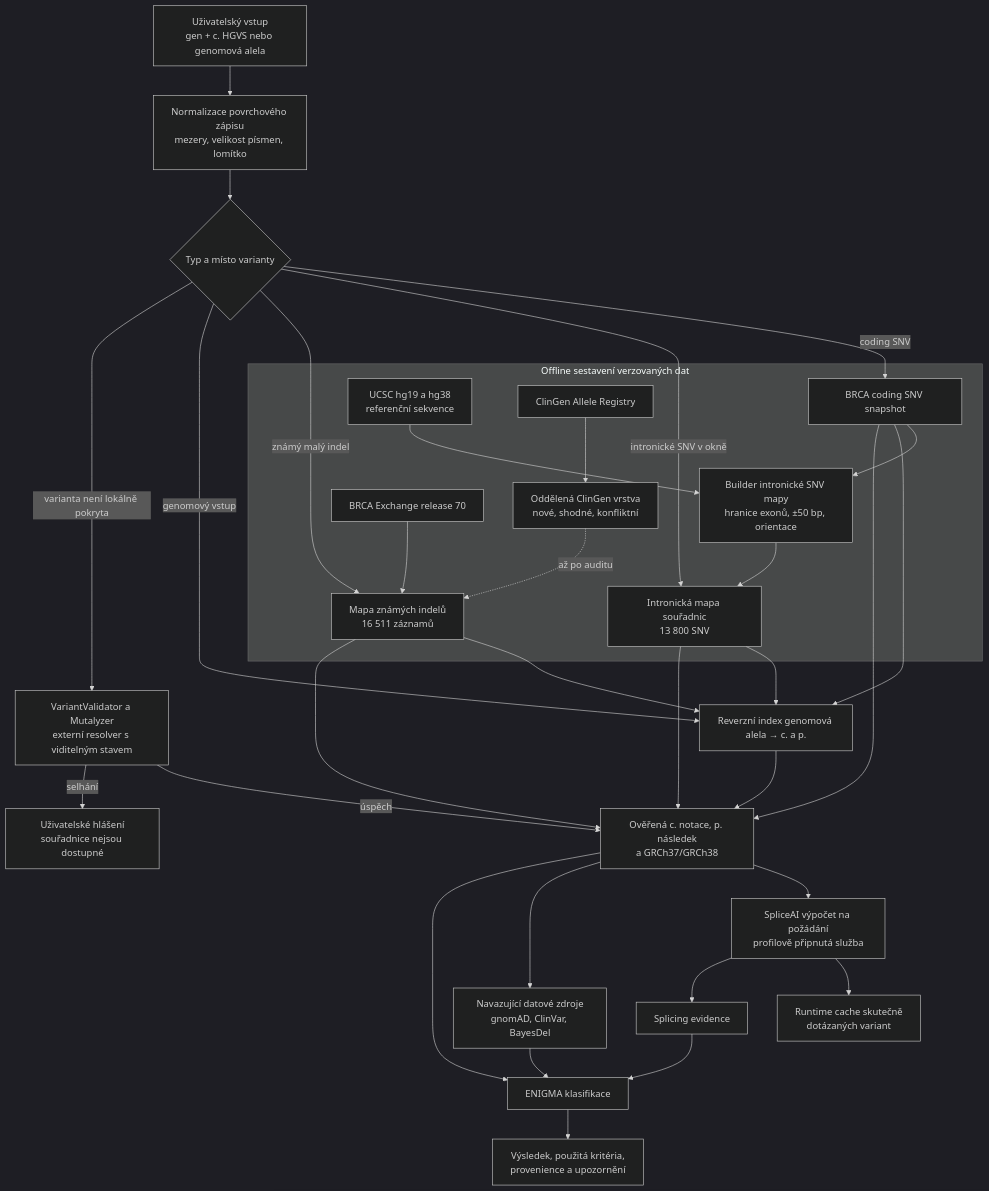
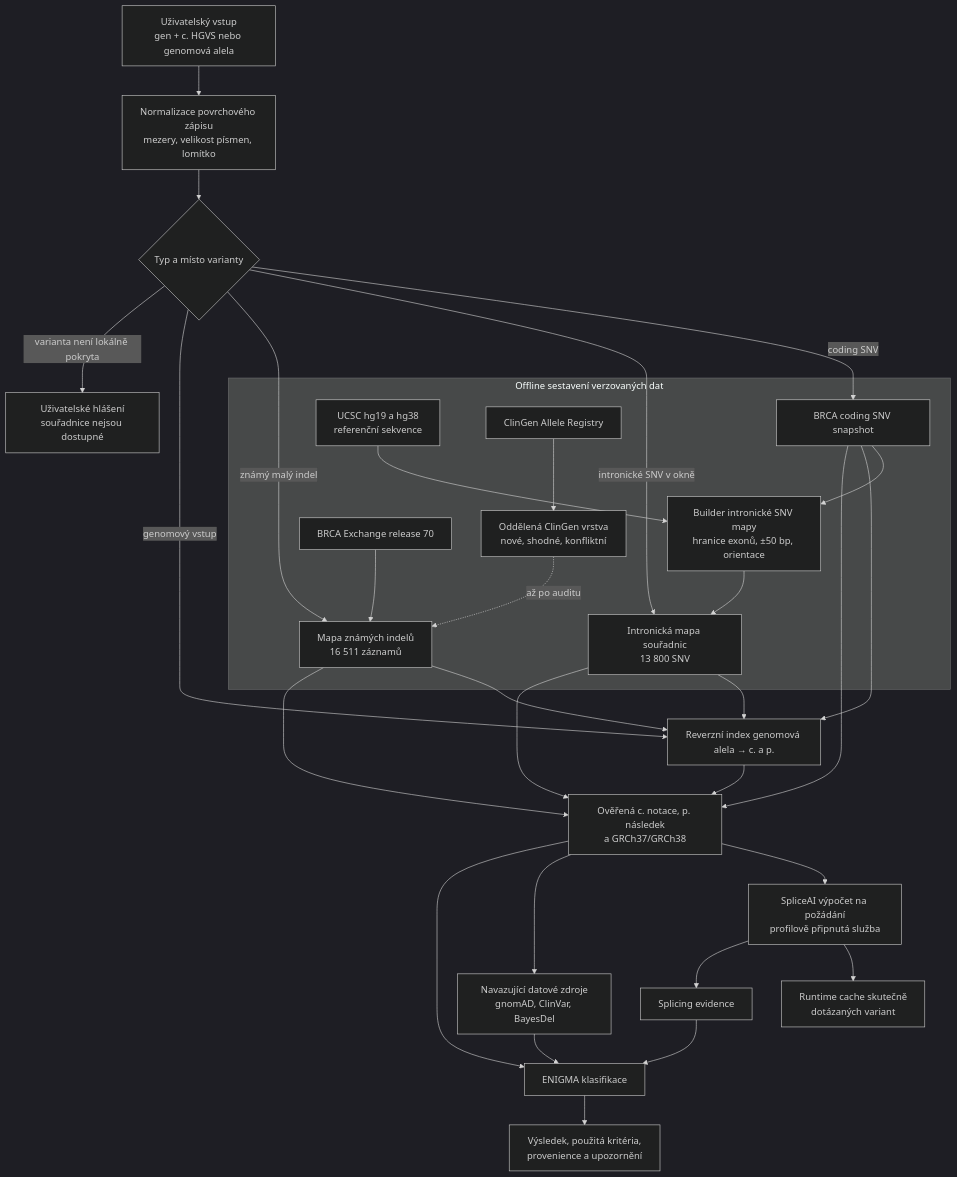
The diagram in docs/coordinate_and_indel_data_flow.md (kamclar/ariane), drawn with Mermaid (dark theme) before and after one commit. The commit also changed other lines of this file and 28 other files, not shown here.

````diff
--- a/docs/coordinate_and_indel_data_flow.md
+++ b/docs/coordinate_and_indel_data_flow.md
@@ -144,57 +141,55 @@
 ```mermaid
 flowchart TD
     U[Uživatelský vstup<br/>gen + c. HGVS nebo genomová alela]
     P[Normalizace povrchového zápisu<br/>mezery, velikost písmen, lomítko]
     T{Typ a místo varianty}
 
     U --> P --> T
 
     subgraph BUILD[Offline sestavení verzovaných dat]
         CS[BRCA coding SNV snapshot]
         UCSC[UCSC hg19 a hg38<br/>referenční sekvence]
         IMB[Builder intronické SNV mapy<br/>hranice exonů, ±50 bp, orientace]
         ICM[Intronická mapa souřadnic<br/>13 800 SNV]
 
         BE[BRCA Exchange release 70]
         IBM[Mapa známých indelů<br/>16 511 záznamů]
         CAR[ClinGen Allele Registry]
         COV[Oddělená ClinGen vrstva<br/>nové, shodné, konfliktní]
 
         CS --> IMB
         UCSC --> IMB
         IMB --> ICM
 
         BE --> IBM
         CAR --> COV
         COV -. až po auditu .-> IBM
     end
 
     T -->|coding SNV| CS
     T -->|intronické SNV v okně| ICM
     T -->|známý malý indel| IBM
     T -->|genomový vstup| REV[Reverzní index genomová alela → c. a p.]
 
     ICM --> REV
     CS --> REV
     IBM --> REV
 
     R --> SAIR[SpliceAI výpočet na požádání<br/>profilově připnutá služba]
     SAIR --> SAC[Runtime cache skutečně<br/>dotázaných variant]
 
     CS --> R[Ověřená c. notace, p. následek<br/>a GRCh37/GRCh38]
     ICM --> R
     IBM --> R
     REV --> R
     SAIR --> E[Splicing evidence]
 
-    T -->|varianta není lokálně pokryta| EXT[VariantValidator a Mutalyzer<br/>externí resolver s viditelným stavem]
-    EXT -->|úspěch| R
-    EXT -->|selhání| W[Uživatelské hlášení<br/>souřadnice nejsou dostupné]
+    T -->|varianta není lokálně pokryta| W[Uživatelské hlášení<br/>souřadnice nejsou dostupné]
 
     R --> DS[Navazující datové zdroje<br/>gnomAD, ClinVar, BayesDel]
     R --> CL[ENIGMA klasifikace]
     E --> CL
     DS --> CL
 
     CL --> OUT[Výsledek, použitá kritéria,<br/>provenience a upozornění]
 ```
````
